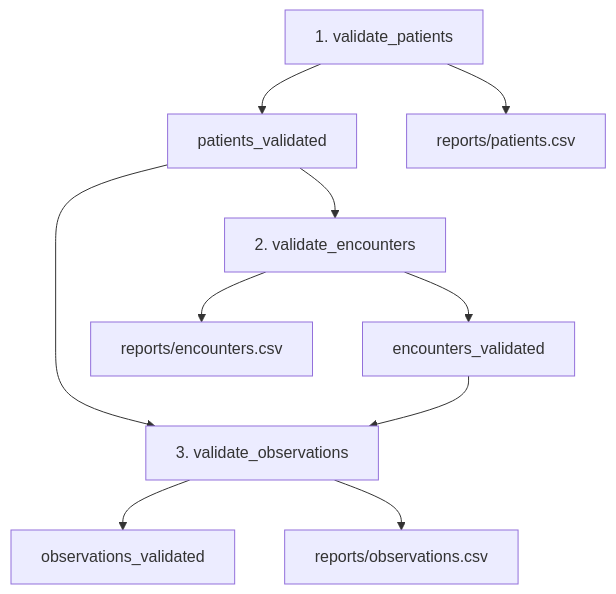
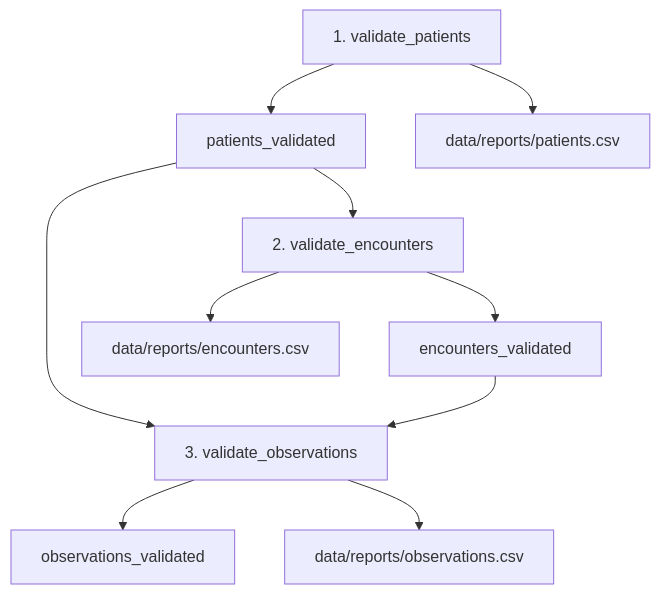
The second of 3 diagrams in README.md (dropoftherain/Clinical-Data-Validation-Pipeline), drawn with Mermaid before and after one commit. The commit also changed other lines of this file and 8 other files, not shown here.

````diff
--- a/README.md
+++ b/README.md
@@ -25,12 +25,12 @@
 ```mermaid
 flowchart TD
     P["1. validate_patients"] --> PV["patients_validated"]
-    P --> PR["reports/patients.csv"]
+    P --> PR["data/reports/patients.csv"]
     PV --> E["2. validate_encounters"]
     E --> EV["encounters_validated"]
-    E --> ER["reports/encounters.csv"]
+    E --> ER["data/reports/encounters.csv"]
     PV --> O["3. validate_observations"]
     EV --> O
     O --> OV["observations_validated"]
-    O --> OR["reports/observations.csv"]
+    O --> OR["data/reports/observations.csv"]
 ```
````
